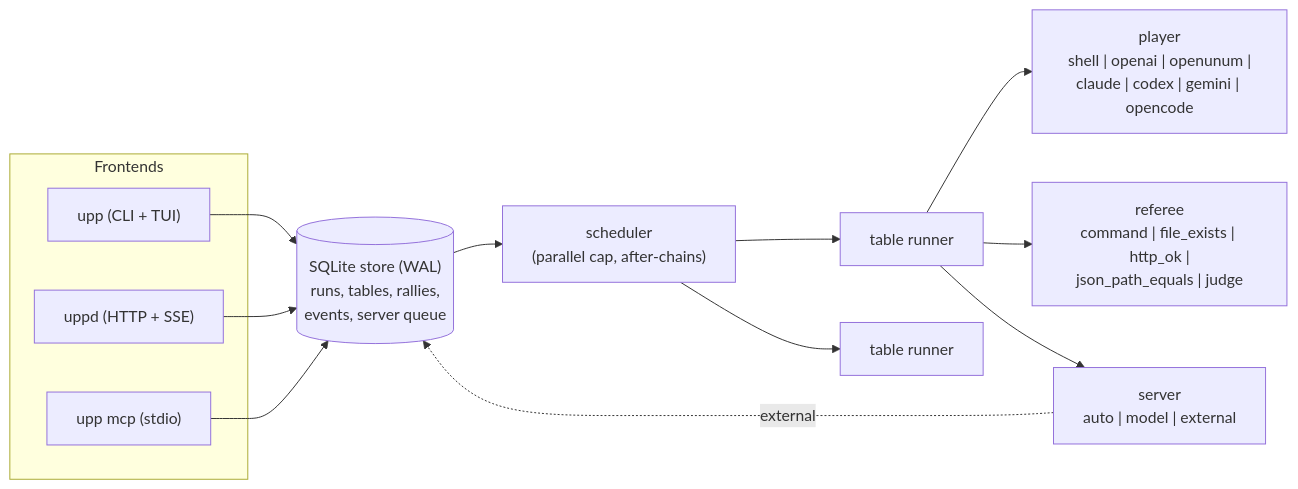
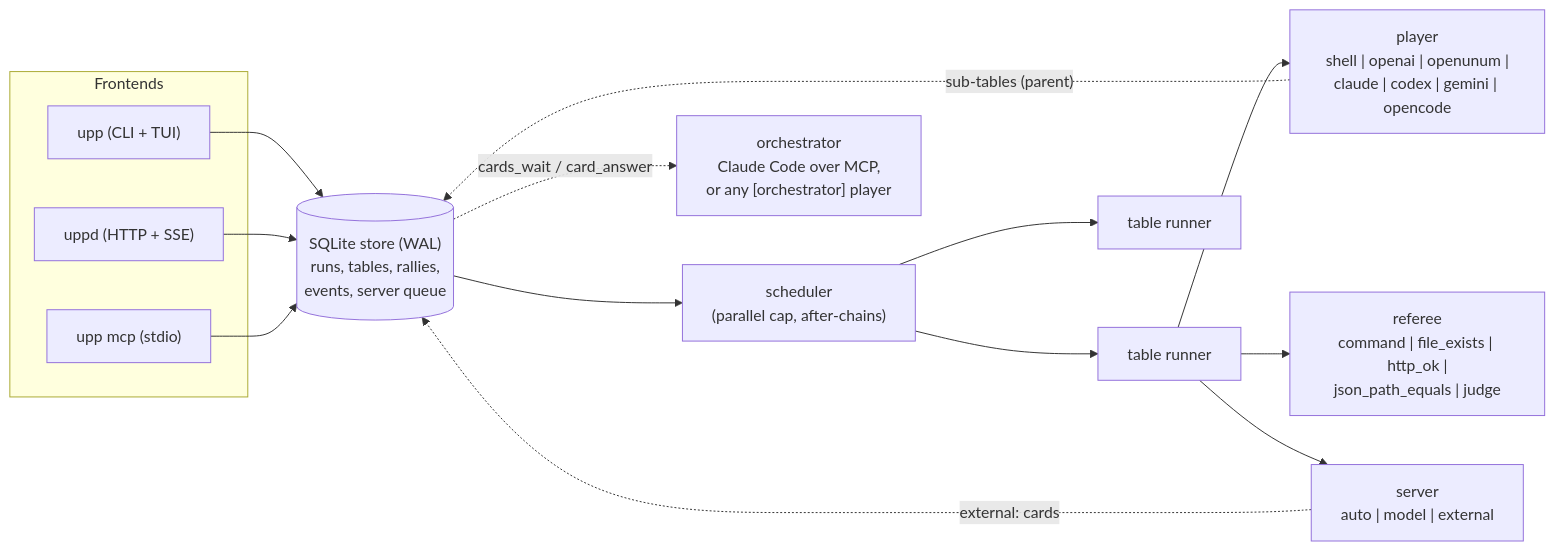
The diagram in README.md (corpunum/unumpingpong), drawn with Mermaid before and after one commit. The commit also changed other lines of this file and 70 other files, not shown here.

````diff
--- a/README.md
+++ b/README.md
@@ -85,16 +130,18 @@
 ```mermaid
 flowchart LR
   subgraph Frontends
     CLI["upp (CLI + TUI)"]
     D["uppd (HTTP + SSE)"]
     M["upp mcp (stdio)"]
   end
   CLI & D & M --> S[("SQLite store (WAL)\nruns, tables, rallies,\nevents, server queue")]
   S --> SCH["scheduler\n(parallel cap, after-chains)"]
   SCH --> R1["table runner"]
   SCH --> R2["table runner"]
   R1 --> P["player\nshell | openai | openunum |\nclaude | codex | gemini | opencode"]
   R1 --> REF["referee\ncommand | file_exists | http_ok |\njson_path_equals | judge"]
   R1 --> SV["server\nauto | model | external"]
-  SV -. external .-> S
+  SV -. external: cards .-> S
+  S -. cards_wait / card_answer .-> O["orchestrator\nClaude Code over MCP,\nor any [orchestrator] player"]
+  P -. sub-tables (parent) .-> S
 ```
````
